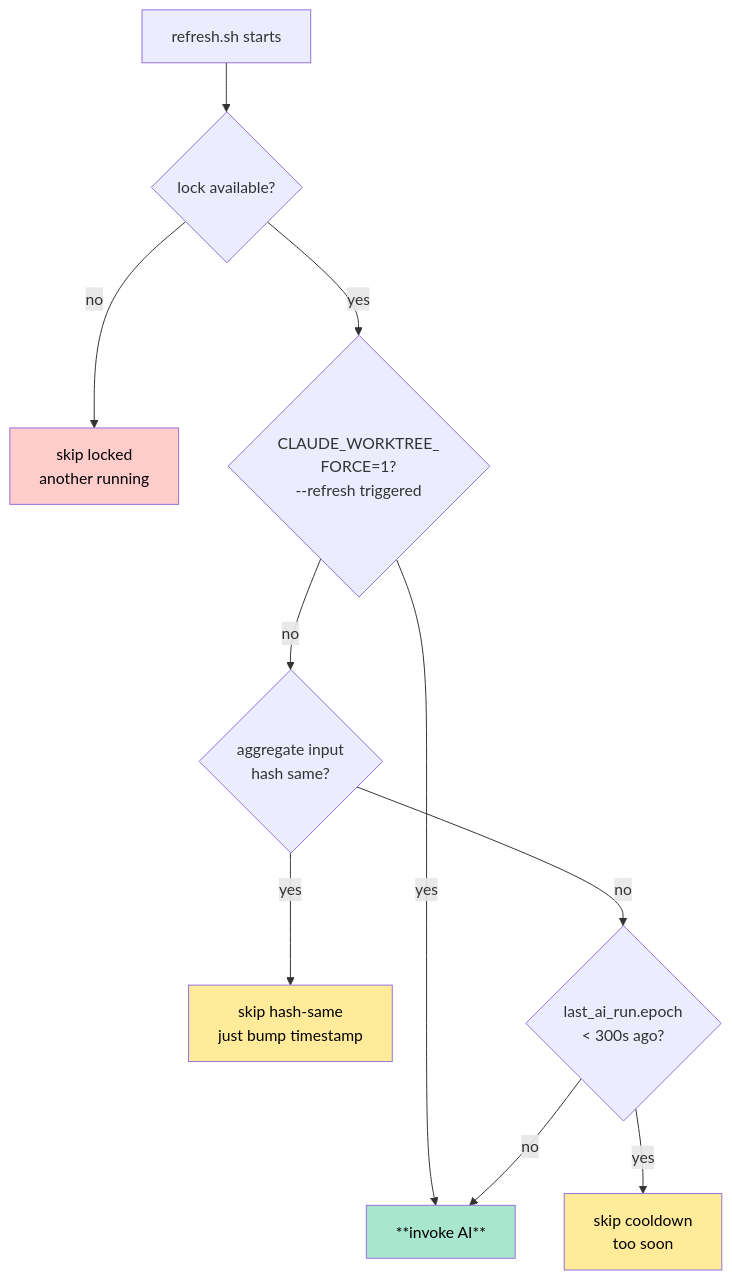
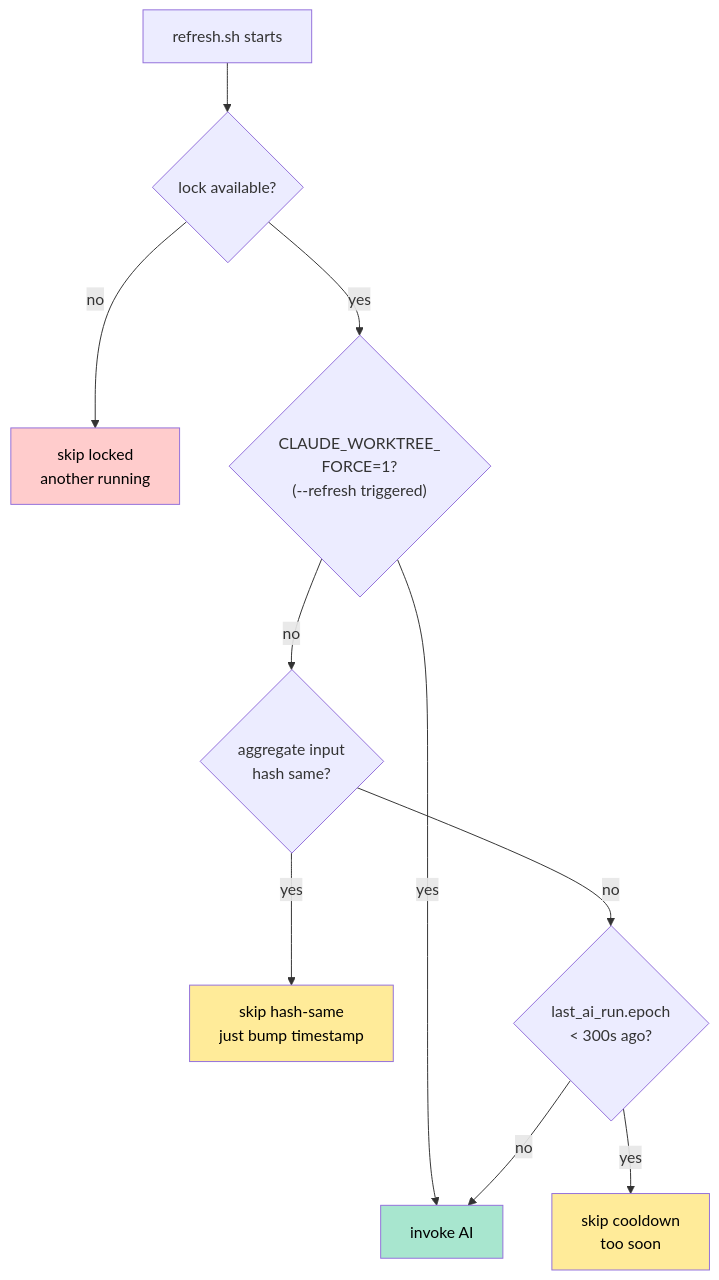
The fourth of 11 diagrams in docs/ARCHITECTURE.md (Icesource/claude-code-worktree), drawn with Mermaid before and after one commit. The commit also changed other lines of this file and 1 other file, not shown here.

First line of the commit message:
Fix Mermaid syntax errors in ARCHITECTURE diagrams

````diff
--- a/docs/ARCHITECTURE.md
+++ b/docs/ARCHITECTURE.md
@@ -338,17 +338,17 @@
 ```mermaid
 flowchart TD
-    Start[refresh.sh starts] --> Lock{lock available?}
-    Lock -- "no" --> Skip1[skip locked<br/>another running]
-    Lock -- "yes" --> Force{CLAUDE_WORKTREE_<br/>FORCE=1?<br/>--refresh triggered}
-    Force -- "yes" --> Run[**invoke AI**]
-    Force -- "no" --> Hash{aggregate input<br/>hash same?}
-    Hash -- "yes" --> Skip2[skip hash-same<br/>just bump timestamp]
-    Hash -- "no" --> Marker{last_ai_run.epoch<br/>< 300s ago?}
-    Marker -- "yes" --> Skip3[skip cooldown<br/>too soon]
+    Start["refresh.sh starts"] --> Lock{"lock available?"}
+    Lock -- "no" --> Skip1["skip locked<br/>another running"]
+    Lock -- "yes" --> Force{"CLAUDE_WORKTREE_<br/>FORCE=1?<br/>(--refresh triggered)"}
+    Force -- "yes" --> Run["invoke AI"]
+    Force -- "no" --> Hash{"aggregate input<br/>hash same?"}
+    Hash -- "yes" --> Skip2["skip hash-same<br/>just bump timestamp"]
+    Hash -- "no" --> Marker{"last_ai_run.epoch<br/>&lt; 300s ago?"}
+    Marker -- "yes" --> Skip3["skip cooldown<br/>too soon"]
     Marker -- "no" --> Run
 
     style Run fill:#a8e6cf,color:#000
     style Skip1 fill:#ffcccc,color:#000
     style Skip2 fill:#ffeb99,color:#000
     style Skip3 fill:#ffeb99,color:#000
 ```
````
